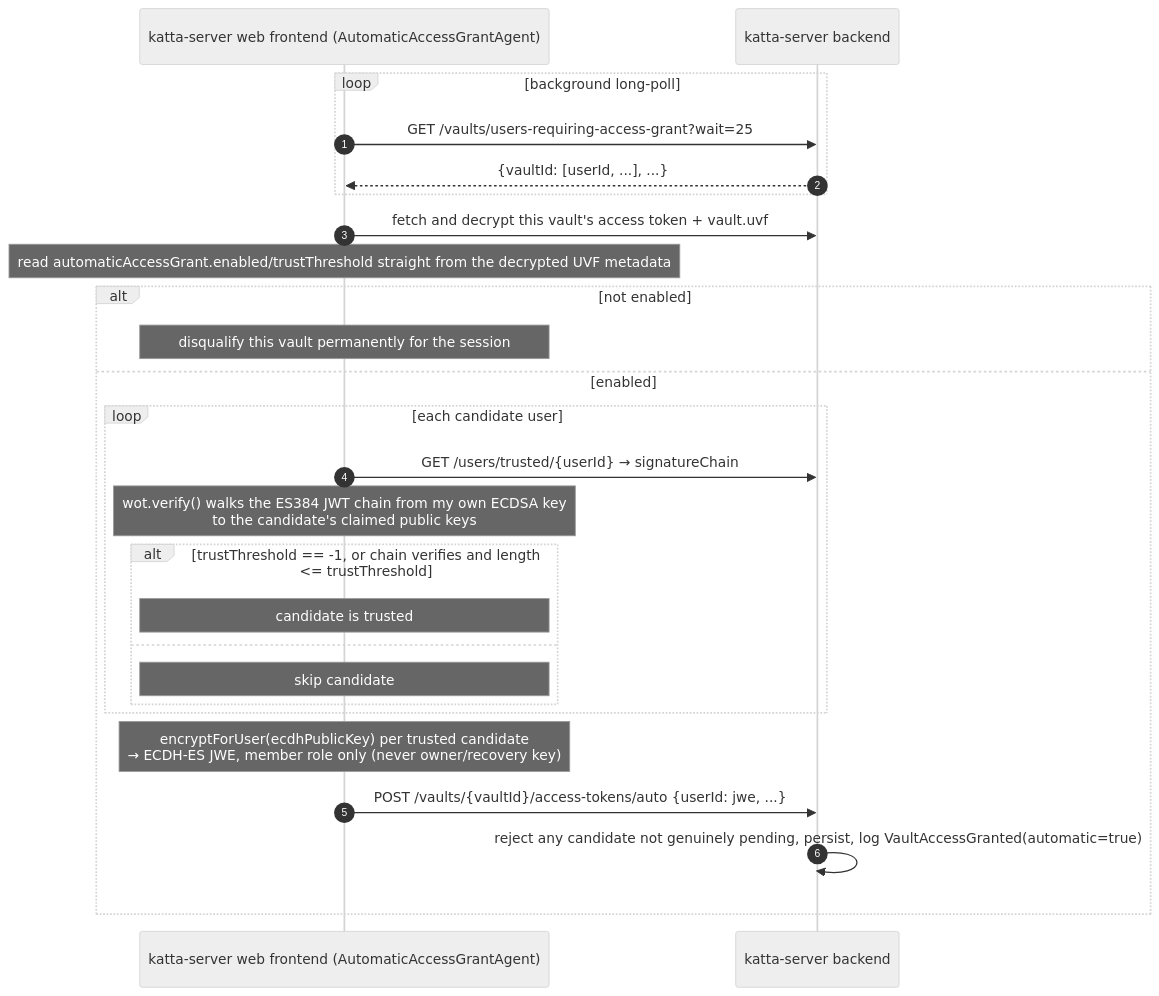
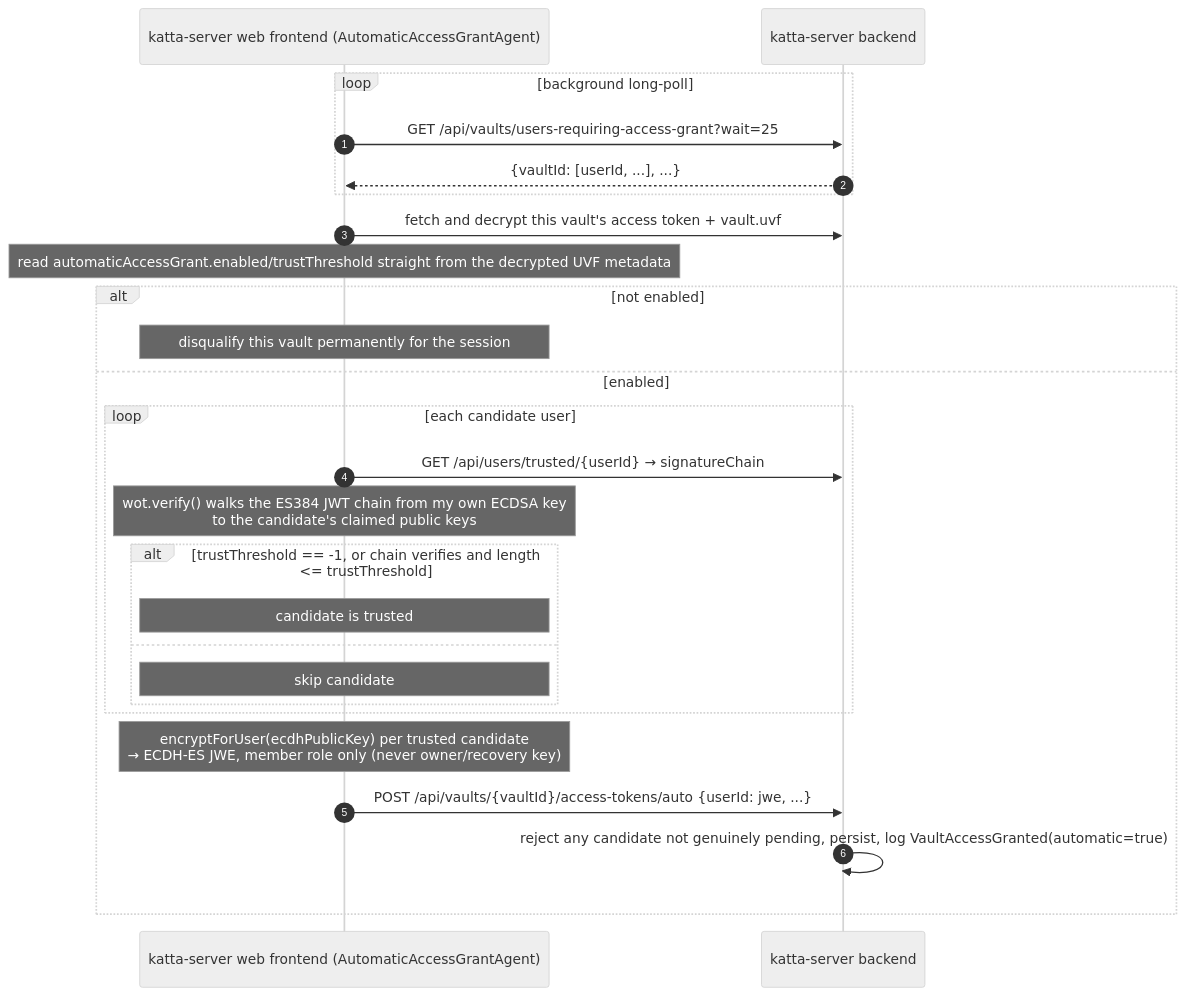
One commit to shift7-ch/katta-clientlib changed the fourth of 5 diagrams in docs/access_grant_data_model_interactions.md. Above: the diagram before and after it, drawn with Mermaid (neutral theme). The commit also changed other lines of this file and 3 other files, not shown here.

First line of the commit message:
Normalize all backend endpoint paths to the /api prefix

````diff
--- a/docs/access_grant_data_model_interactions.md
+++ b/docs/access_grant_data_model_interactions.md
@@ -172,29 +172,29 @@
 ```mermaid
 sequenceDiagram
     autonumber
     participant Web as katta-server web frontend (AutomaticAccessGrantAgent)
     participant HubBackend as katta-server backend
 
     loop background long-poll
-        Web ->> HubBackend: GET /vaults/users-requiring-access-grant?wait=25
+        Web ->> HubBackend: GET /api/vaults/users-requiring-access-grant?wait=25
         HubBackend -->> Web: {vaultId: [userId, ...], ...}
     end
     Web ->> HubBackend: fetch and decrypt this vault's access token + vault.uvf
     Note over Web: read automaticAccessGrant.enabled/trustThreshold straight from the decrypted UVF metadata
     alt not enabled
         Note over Web: disqualify this vault permanently for the session
     else enabled
         loop each candidate user
-            Web ->> HubBackend: GET /users/trusted/{userId} → signatureChain
+            Web ->> HubBackend: GET /api/users/trusted/{userId} → signatureChain
             Note over Web: wot.verify() walks the ES384 JWT chain from my own ECDSA key<br/>to the candidate's claimed public keys
             alt trustThreshold == -1, or chain verifies and length <= trustThreshold
                 Note over Web: candidate is trusted
             else
                 Note over Web: skip candidate
             end
         end
         Note over Web: encryptForUser(ecdhPublicKey) per trusted candidate<br/>→ ECDH-ES JWE, member role only (never owner/recovery key)
-        Web ->> HubBackend: POST /vaults/{vaultId}/access-tokens/auto {userId: jwe, ...}
+        Web ->> HubBackend: POST /api/vaults/{vaultId}/access-tokens/auto {userId: jwe, ...}
         HubBackend ->> HubBackend: reject any candidate not genuinely pending, persist, log VaultAccessGranted(automatic=true)
     end
 ```
````
